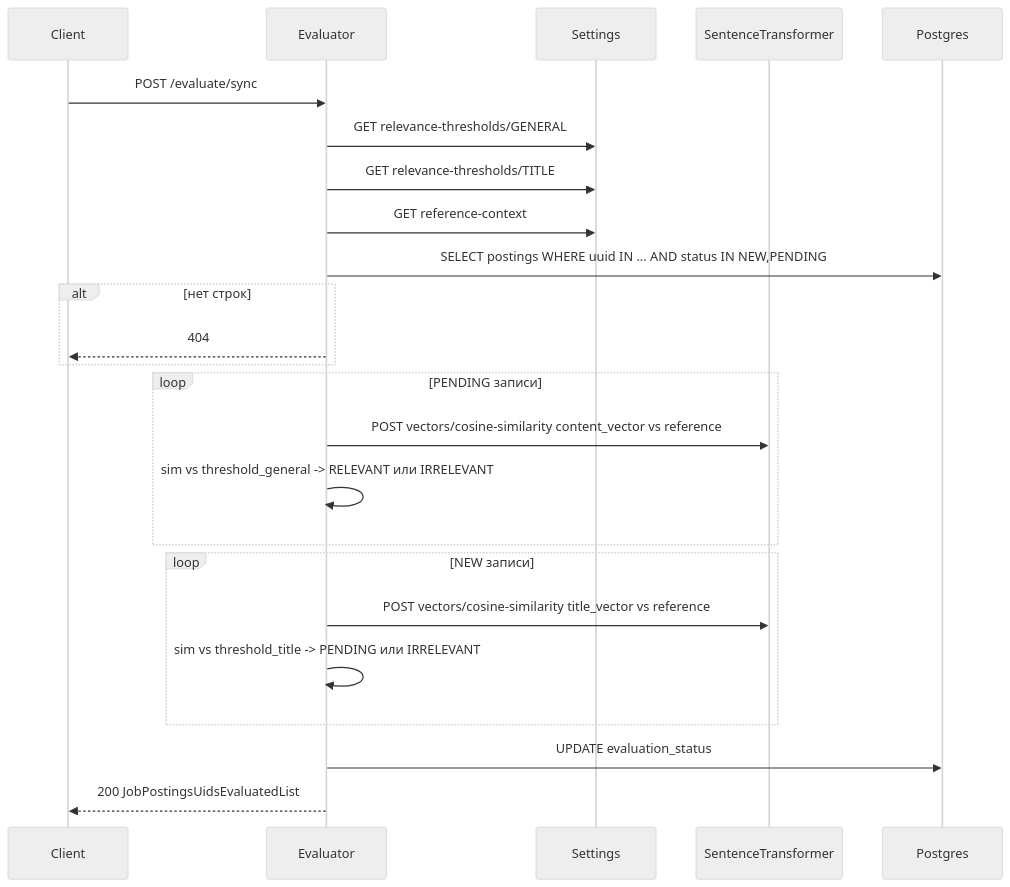
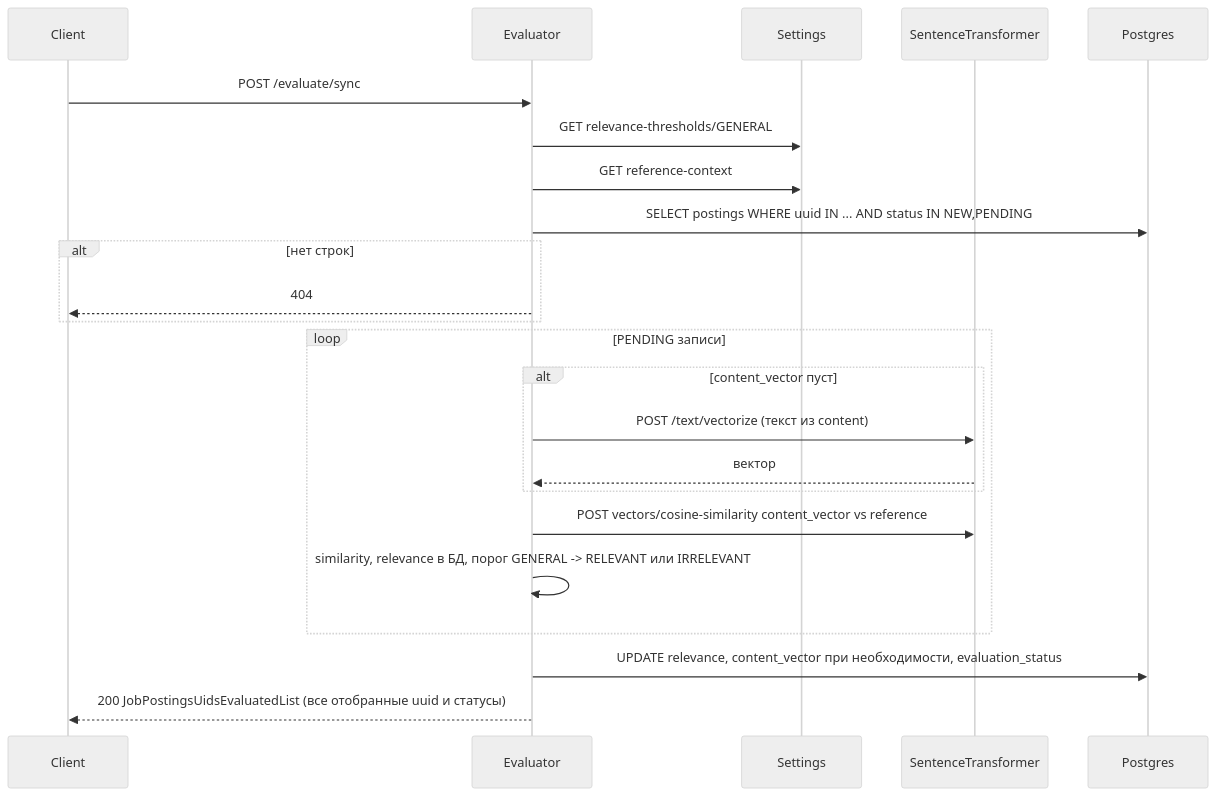
Before and after one commit to joposcragent/job-postings-evaluator: the diagram in README.md, drawn with Mermaid (neutral theme). The commit also changed other lines of this file and 5 other files, not shown here.

````diff
--- a/README.md
+++ b/README.md
@@ -9,27 +9,26 @@
 ```mermaid
 sequenceDiagram
   participant Client
   participant Evaluator
   participant Settings
   participant ST as SentenceTransformer
   participant DB as Postgres
 
   Client->>Evaluator: POST /evaluate/sync
   Evaluator->>Settings: GET relevance-thresholds/GENERAL
-  Evaluator->>Settings: GET relevance-thresholds/TITLE
   Evaluator->>Settings: GET reference-context
   Evaluator->>DB: SELECT postings WHERE uuid IN ... AND status IN NEW,PENDING
   alt нет строк
     Evaluator-->>Client: 404
   end
   loop PENDING записи
+    alt content_vector пуст
+      Evaluator->>ST: POST /text/vectorize (текст из content)
+      ST-->>Evaluator: вектор
+    end
     Evaluator->>ST: POST vectors/cosine-similarity content_vector vs reference
-    Evaluator->>Evaluator: sim vs threshold_general -> RELEVANT или IRRELEVANT
+    Evaluator->>Evaluator: similarity, relevance в БД, порог GENERAL -> RELEVANT или IRRELEVANT
   end
-  loop NEW записи
-    Evaluator->>ST: POST vectors/cosine-similarity title_vector vs reference
-    Evaluator->>Evaluator: sim vs threshold_title -> PENDING или IRRELEVANT
-  end
-  Evaluator->>DB: UPDATE evaluation_status
-  Evaluator-->>Client: 200 JobPostingsUidsEvaluatedList
+  Evaluator->>DB: UPDATE relevance, content_vector при необходимости, evaluation_status
+  Evaluator-->>Client: 200 JobPostingsUidsEvaluatedList (все отобранные uuid и статусы)
 ```
````
